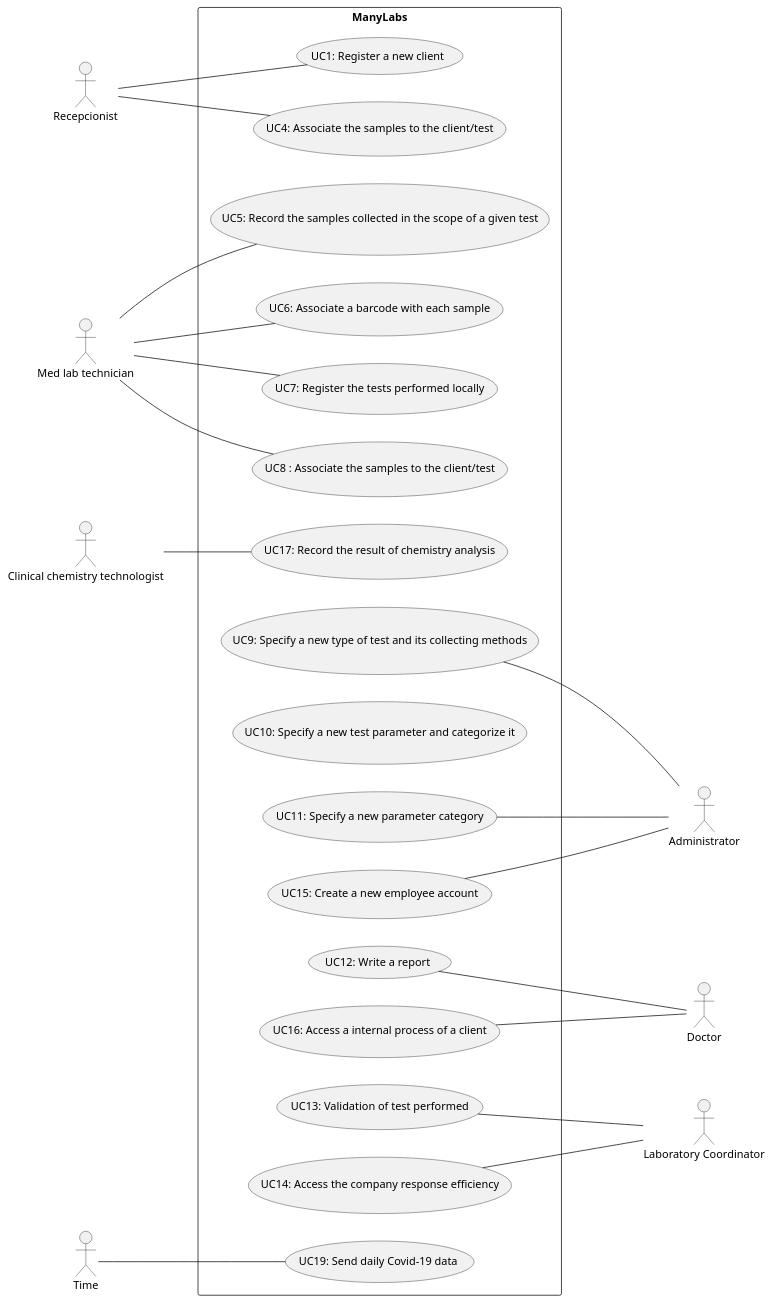
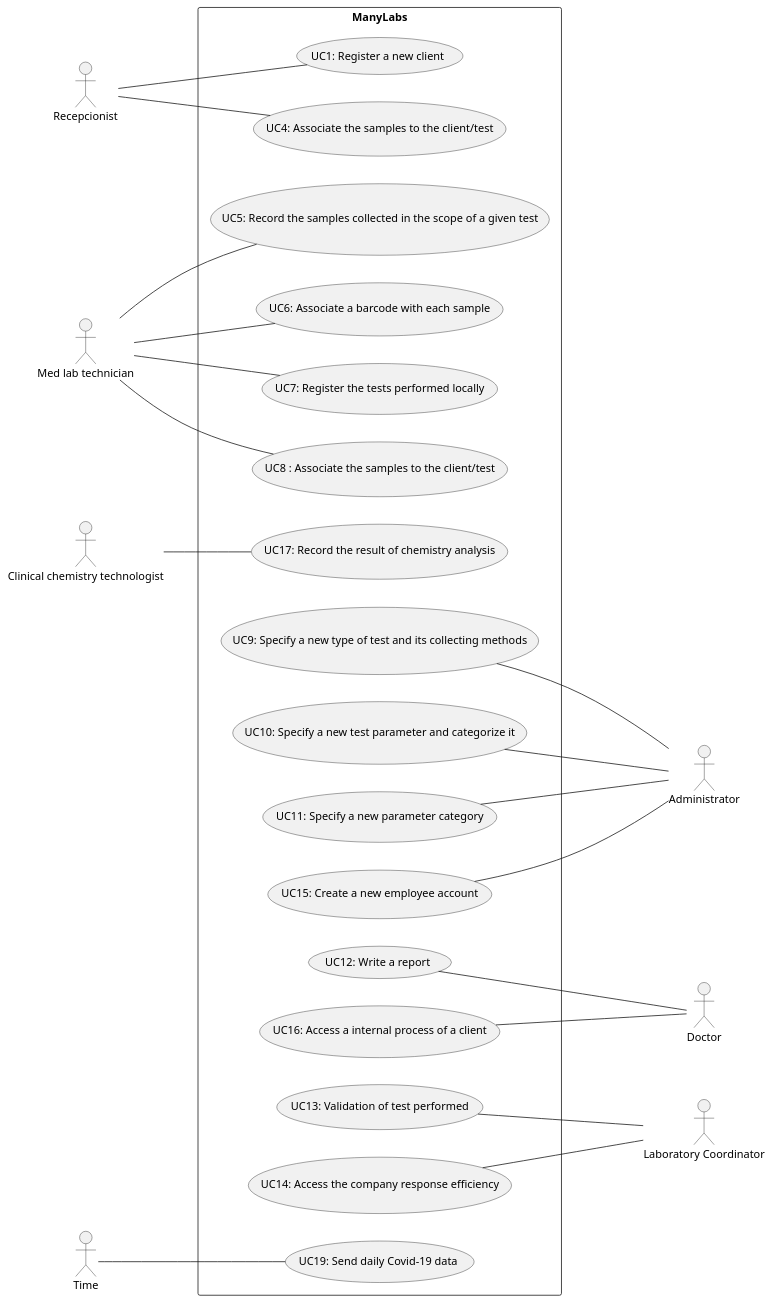
One commit to manu-07-ela/LAPR2_ISEP changed the diagram in docs/SprintA/UCD.puml. Above: the diagram before and after it, drawn with PlantUML. The commit also changed 1 other file, not shown here.

```diff
--- a/docs/SprintA/UCD.puml
+++ b/docs/SprintA/UCD.puml
@@ -1,58 +1,59 @@
 @startuml
 'https://plantuml.com/use-case-diagram
 left to right direction
 actor "Administrator" as Adm
 actor "Recepcionist" as Recp
 actor "Med lab technician" as MedLab
 actor "Clinical chemistry technologist" as ClinTec
 actor "Doctor" as Doc
 actor "Laboratory Coordinator" as LabCod
 actor "Time" as Time
 
 
 rectangle ManyLabs{
 
 usecase "UC1: Register a new client" as UC1
 usecase "UC4: Register a test to be performed to a registered client" as UC4
 usecase "UC4: Associate the samples to the client/test" as UC4
 usecase "UC5: Record the samples collected in the scope of a given test" as UC5
 usecase "UC6: Associate a barcode with each sample" as UC6
 usecase "UC7: Register the tests performed locally" as UC7
 usecase "UC17: Record the result of chemistry analysis" as UC17
 usecase "UC8 : Associate the samples to the client/test" as UC8
 usecase "UC9: Specify a new type of test and its collecting methods" as UC9
 usecase "UC10: Specify a new test parameter and categorize it" as UC10
 usecase "UC11: Specify a new parameter category" as UC11
 usecase "UC12: Write a report" as UC12
 usecase "UC13: Validation of test performed" as UC13
 usecase "UC14: Access the company response efficiency" as UC14
 usecase "UC15: Create a new employee account" as UC15
 usecase "UC16: Access a internal process of a client" as UC16
 usecase "UC19: Send daily Covid-19 data" as UC19
 
 
 }
 
 Recp -- UC1
 Recp -- UC4
 MedLab -- UC5
 MedLab -- UC6
 MedLab -- UC7
 MedLab -- UC8
 ClinTec -- UC17
 UC9 --- Adm
 UC15 --- Adm
 UC11 --- Adm
+UC10 --- Adm
 UC16 --- Doc
 UC12 --- Doc
 UC13 --- LabCod
 UC14 --- LabCod
 Time -- UC19
 
 
 
 
 
 
 
 @enduml
```
